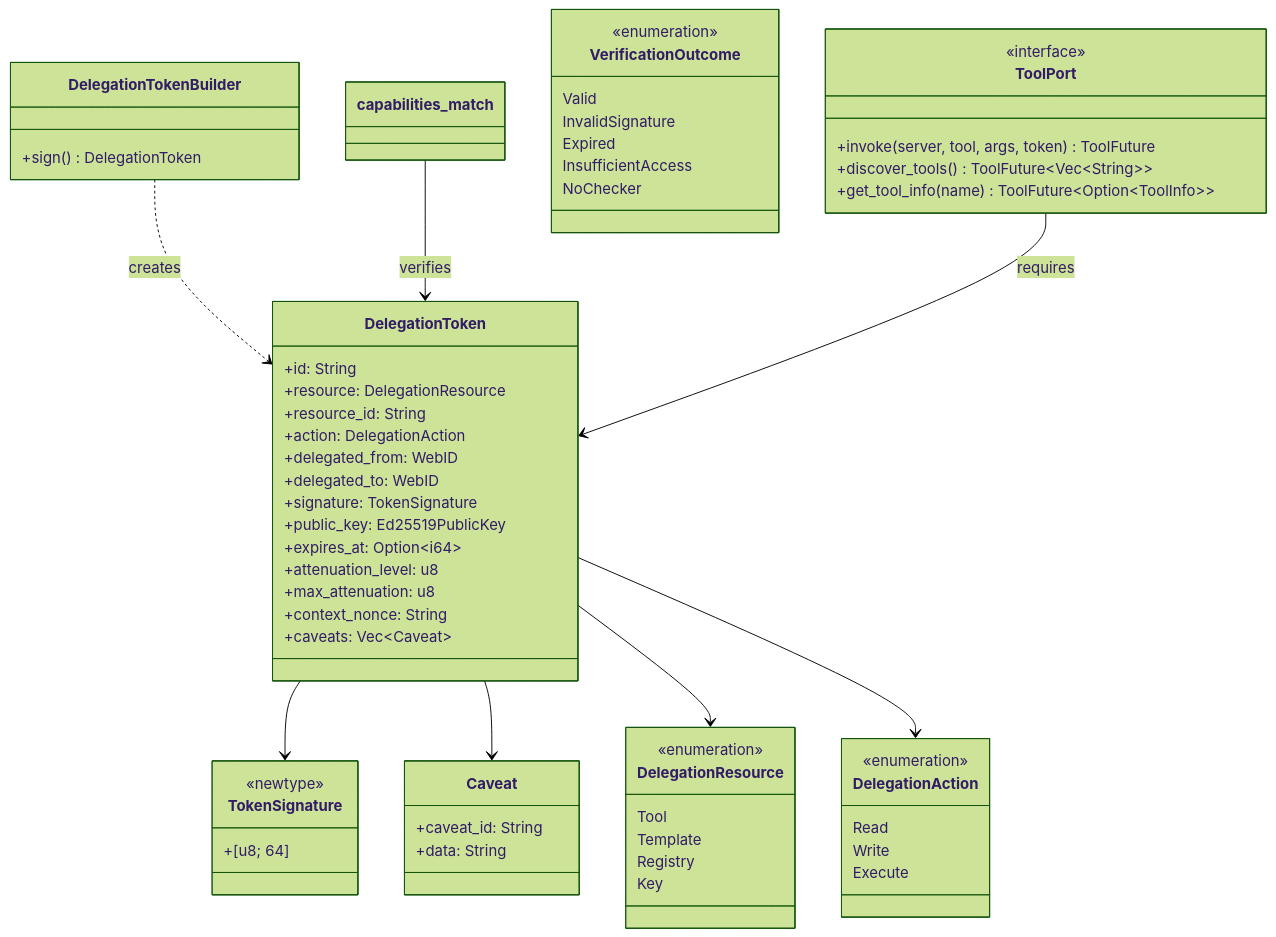
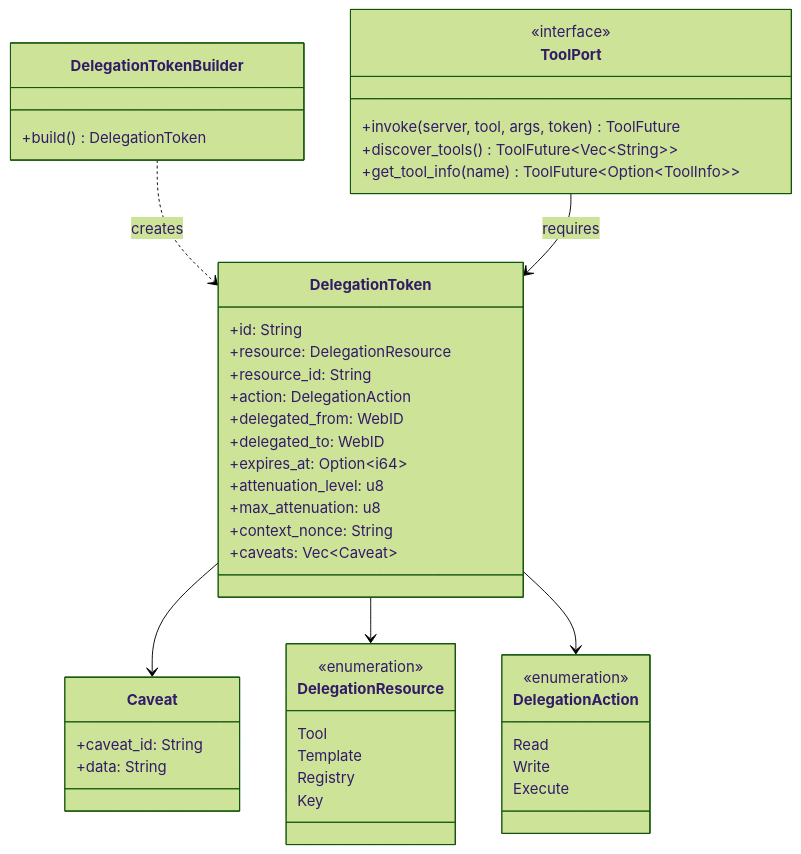
Before and after one commit to mdz-axo/zed-kask: the diagram in kask/docs/diataxis/hkask-capability/reference.md, drawn with Mermaid (forest theme). The commit also changed other lines of this file and 9 other files, not shown here.

````diff
--- a/kask/docs/diataxis/hkask-capability/reference.md
+++ b/kask/docs/diataxis/hkask-capability/reference.md
@@ -60,64 +50,48 @@
 ```mermaid
 classDiagram
     class DelegationToken {
         +id: String
         +resource: DelegationResource
         +resource_id: String
         +action: DelegationAction
         +delegated_from: WebID
         +delegated_to: WebID
-        +signature: TokenSignature
-        +public_key: Ed25519PublicKey
         +expires_at: Option~i64~
         +attenuation_level: u8
         +max_attenuation: u8
         +context_nonce: String
         +caveats: Vec~Caveat~
     }
     class DelegationTokenBuilder {
-        +sign() DelegationToken
-    }
-    class TokenSignature {
-        <<newtype>>
-        +[u8; 64]
+        +build() DelegationToken
     }
     class Caveat {
         +caveat_id: String
         +data: String
     }
     class ToolPort {
         <<interface>>
         +invoke(server, tool, args, token) ToolFuture
         +discover_tools() ToolFuture~Vec~String~~
         +get_tool_info(name) ToolFuture~Option~ToolInfo~~
-    }
-    class VerificationOutcome {
-        <<enumeration>>
-        Valid
-        InvalidSignature
-        Expired
-        InsufficientAccess
-        NoChecker
     }
     class DelegationResource {
         <<enumeration>>
         Tool
         Template
         Registry
         Key
     }
     class DelegationAction {
         <<enumeration>>
         Read
         Write
         Execute
     }
 
-    DelegationToken --> TokenSignature
     DelegationToken --> Caveat
     DelegationToken --> DelegationResource
     DelegationToken --> DelegationAction
     DelegationTokenBuilder ..> DelegationToken : creates
-    capabilities_match --> DelegationToken : verifies
     ToolPort --> DelegationToken : requires
 ```
````
